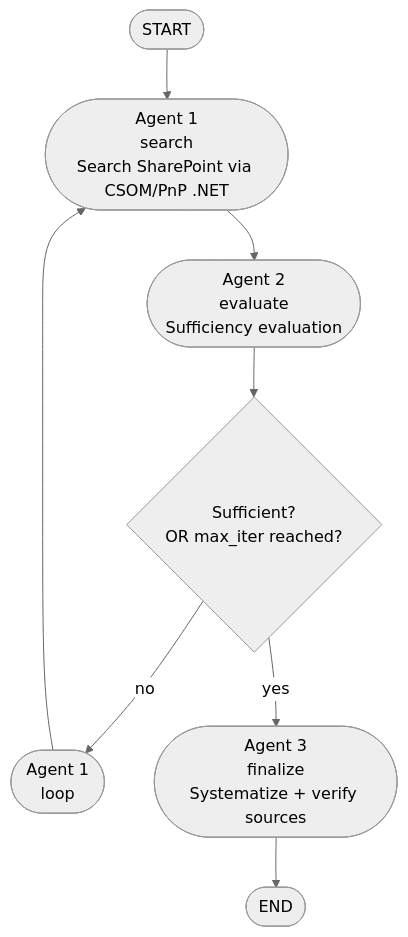
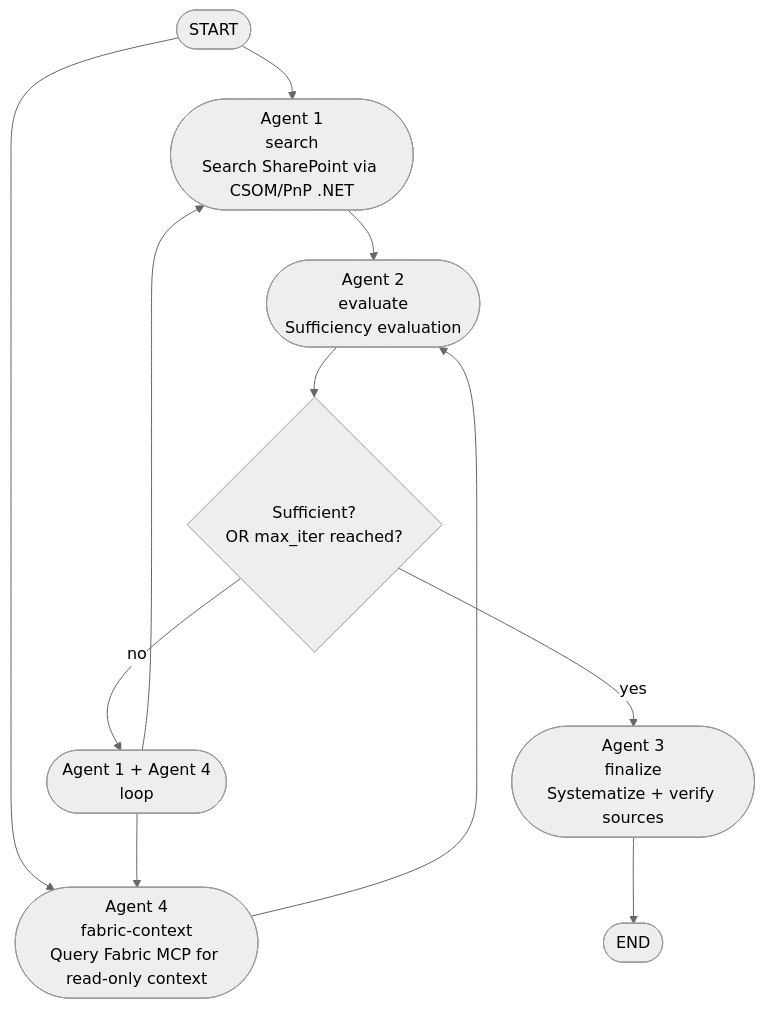
Before and after one commit to Sartor87/langgraph-sharepoint-demo: the diagram in README.md, drawn with Mermaid (neutral theme). The commit also changed other lines of this file, not shown here.

Commit message:
docs: document Agent 4 (Fabric MCP context) in README

````diff
--- a/README.md
+++ b/README.md
@@ -12,18 +12,22 @@
 ```mermaid
 flowchart TD
 
     START([START])
 
     A1([Agent 1<br/>search<br/>Search SharePoint via CSOM/PnP .NET])
+    A4([Agent 4<br/>fabric-context<br/>Query Fabric MCP for read-only context])
     A2([Agent 2<br/>evaluate<br/>Sufficiency evaluation])
     DEC{Sufficient?<br/>OR max_iter reached?}
-    LOOP([Agent 1<br/>loop])
+    LOOP([Agent 1 + Agent 4<br/>loop])
     A3([Agent 3<br/>finalize<br/>Systematize + verify sources])
 
     END([END])
 
-    START --> A1 --> A2 --> DEC
+    START --> A1 --> A2
+    START --> A4 --> A2
+    A2 --> DEC
     DEC -->|no| LOOP --> A1
+    LOOP --> A4
     DEC -->|yes| A3 --> END
 
 ```
````
